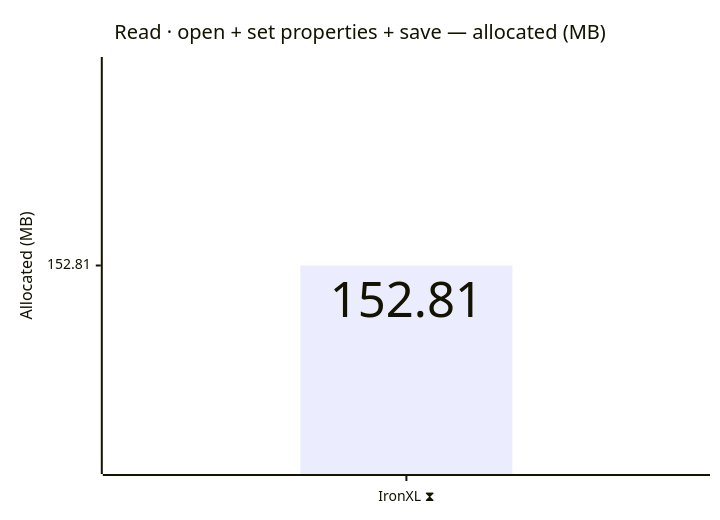
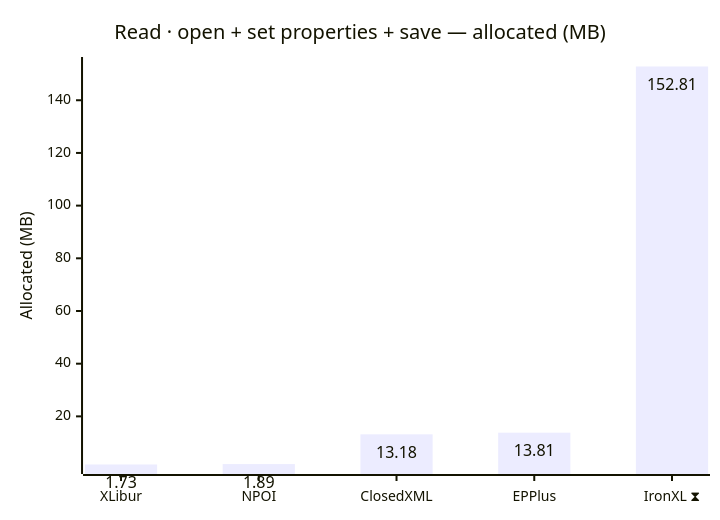
Before and after one commit to jafin/XLBench: the second of 12 diagrams in docs/results.md, drawn with Mermaid. The commit also changed other lines of this file and 1 other file, not shown here.

````diff
--- a/docs/results.md
+++ b/docs/results.md
@@ -52,12 +52,12 @@
 ```mermaid
 ---
 config:
   xyChart:
     showDataLabel: true
 ---
 xychart-beta
     title "Read · open + set properties + save — allocated (MB)"
-    x-axis ["IronXL ⧗"]
+    x-axis ["XLibur", "NPOI", "ClosedXML", "EPPlus", "IronXL ⧗"]
     y-axis "Allocated (MB)"
-    bar [152.81]
+    bar [1.73, 1.89, 13.18, 13.81, 152.81]
 ```
````
